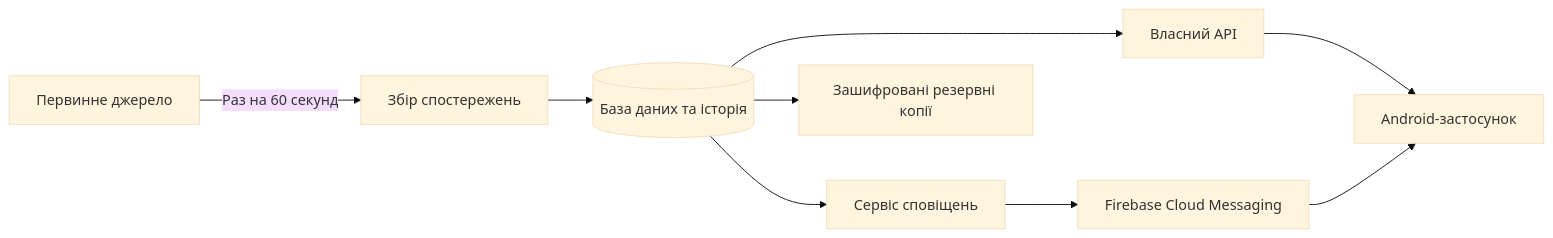
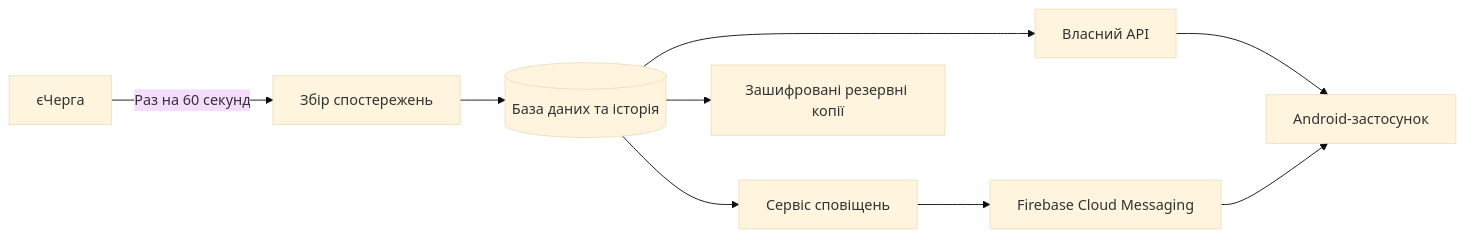
The diagram in README.md (ikstv/AvelRen), drawn with Mermaid (base theme) before and after one commit. The commit also changed other lines of this file and 4 other files, not shown here.

````diff
--- a/README.md
+++ b/README.md
@@ -34,11 +34,11 @@
 ```mermaid
 flowchart LR
-    source["Первинне джерело"] -->|"Раз на 60 секунд"| collector["Збір спостережень"]
+    source["єЧерга"] -->|"Раз на 60 секунд"| collector["Збір спостережень"]
     collector --> database[("База даних та історія")]
     database --> api["Власний API"]
     api --> android["Android-застосунок"]
     database --> notifier["Сервіс сповіщень"]
     notifier --> push["Firebase Cloud Messaging"]
     push --> android
     database --> backup["Зашифровані резервні копії"]
 ```
````
